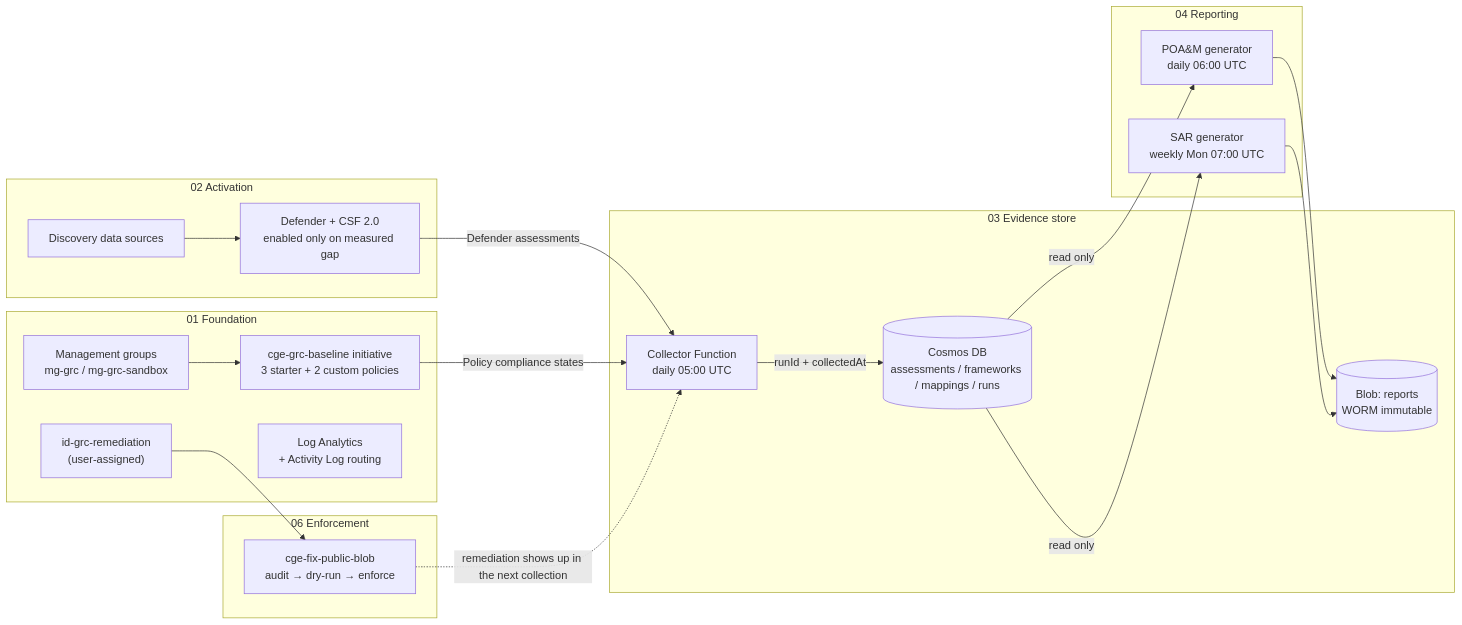
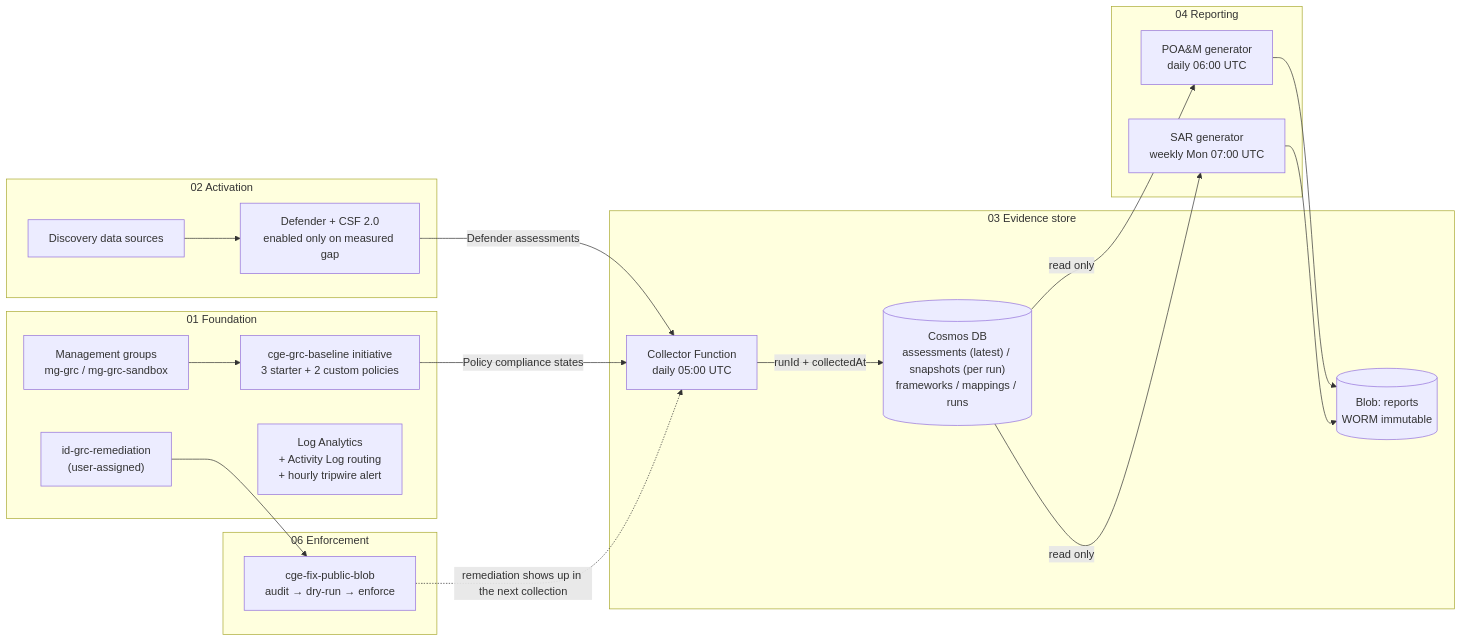
Before and after one commit to oindeed/cgeaz: the first of 2 diagrams in docs/ARCHITECTURE.md, drawn with Mermaid. The commit also changed other lines of this file and 5 other files, not shown here.

````diff
--- a/docs/ARCHITECTURE.md
+++ b/docs/ARCHITECTURE.md
@@ -14,37 +14,37 @@
 ```mermaid
 flowchart LR
     subgraph S1["01 Foundation"]
         MG["Management groups<br/>mg-grc / mg-grc-sandbox"]
         INIT["cge-grc-baseline initiative<br/>3 starter + 2 custom policies"]
-        LAW["Log Analytics<br/>+ Activity Log routing"]
+        LAW["Log Analytics<br/>+ Activity Log routing<br/>+ hourly tripwire alert"]
         RID["id-grc-remediation<br/>(user-assigned)"]
     end
     subgraph S2["02 Activation"]
         DISC["Discovery data sources"]
         ACT["Defender + CSF 2.0<br/>enabled only on measured gap"]
     end
     subgraph S3["03 Evidence store"]
         COL["Collector Function<br/>daily 05:00 UTC"]
-        COS[("Cosmos DB<br/>assessments / frameworks / mappings / runs")]
+        COS[("Cosmos DB<br/>assessments (latest) / snapshots (per run)<br/>frameworks / mappings / runs")]
         WORM[("Blob: reports<br/>WORM immutable")]
     end
     subgraph S4["04 Reporting"]
         POAM["POA&M generator<br/>daily 06:00 UTC"]
         SAR["SAR generator<br/>weekly Mon 07:00 UTC"]
     end
     subgraph S6["06 Enforcement"]
         FIX["cge-fix-public-blob<br/>audit → dry-run → enforce"]
     end
 
     MG --> INIT
     DISC --> ACT
     ACT -- "Defender assessments" --> COL
     INIT -- "Policy compliance states" --> COL
     COL -- "runId + collectedAt" --> COS
     COS -- "read only" --> POAM
     COS -- "read only" --> SAR
     POAM --> WORM
     SAR --> WORM
     RID --> FIX
     FIX -. "remediation shows up in the next collection" .-> COL
 ```
````
